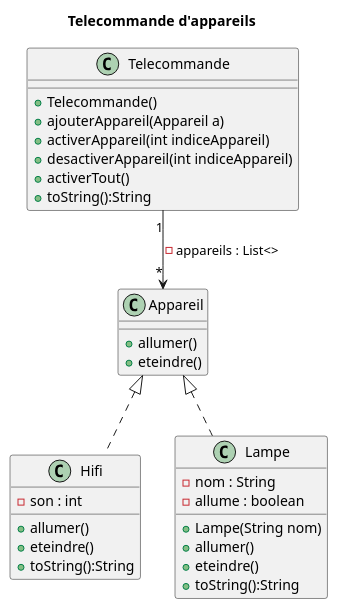
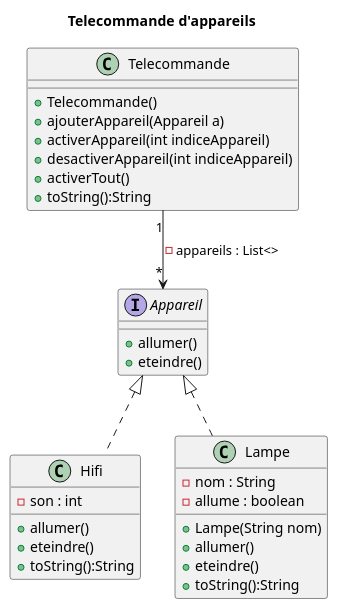
One commit to Mitsouille/TD-7---TP-t-l-commande---Ajout-d-autres-appareils changed the diagram in UML/DiagrammeClasse.puml. Above: the diagram before and after it, drawn with PlantUML.

Commit message:
Modifications UML

```diff
--- a/UML/DiagrammeClasse.puml
+++ b/UML/DiagrammeClasse.puml
@@ -1,40 +1,40 @@
 @startuml
 title Telecommande d'appareils
 
 '''classes
 class Telecommande {
     + Telecommande()
     + ajouterAppareil(Appareil a)
     + activerAppareil(int indiceAppareil)
     + desactiverAppareil(int indiceAppareil)
     + activerTout()
     + toString():String
 }
 
-class Appareil {
+Interface Appareil {
     + allumer()
     + eteindre()
 }
 
 class Hifi {
     - son : int
     + allumer()
     + eteindre()
     + toString():String
 }
 
 class Lampe {
     - nom : String
     - allume : boolean
     + Lampe(String nom)
     + allumer()
     + eteindre()
     + toString():String
 }
 
 '''relations
 Telecommande "1" --> "*" Appareil : - appareils : List<>
 Appareil <|.. Hifi
 Appareil <|.. Lampe
 
 @enduml
```
